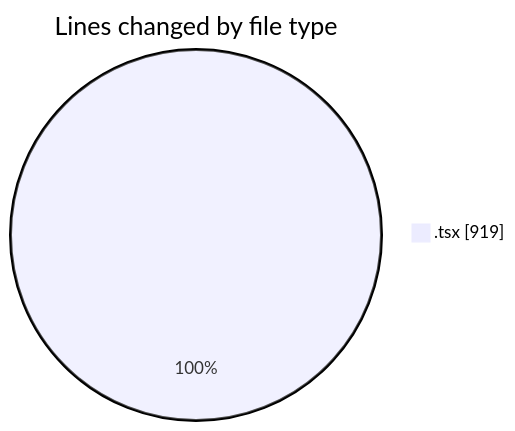
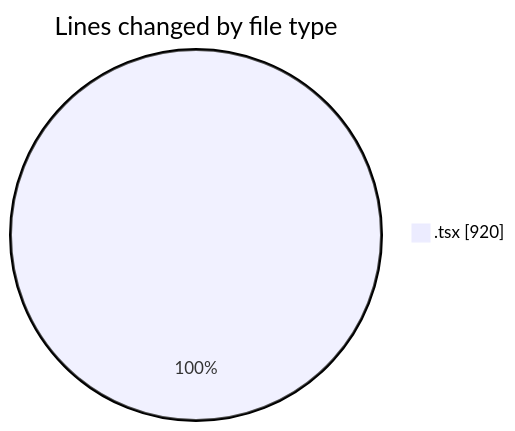
The first of 2 diagrams in 2025-06-13/cda/README.md (momahboobian/code-tracking), drawn with Mermaid before and after one commit. The commit also changed other lines of this file and 1 other file, not shown here.

````diff
--- a/2025-06-13/cda/README.md
+++ b/2025-06-13/cda/README.md
@@ -21,5 +21,5 @@
 ```mermaid
 pie showData
 title Lines changed by file type
-".tsx" : 919
+".tsx" : 920
 ```
````
